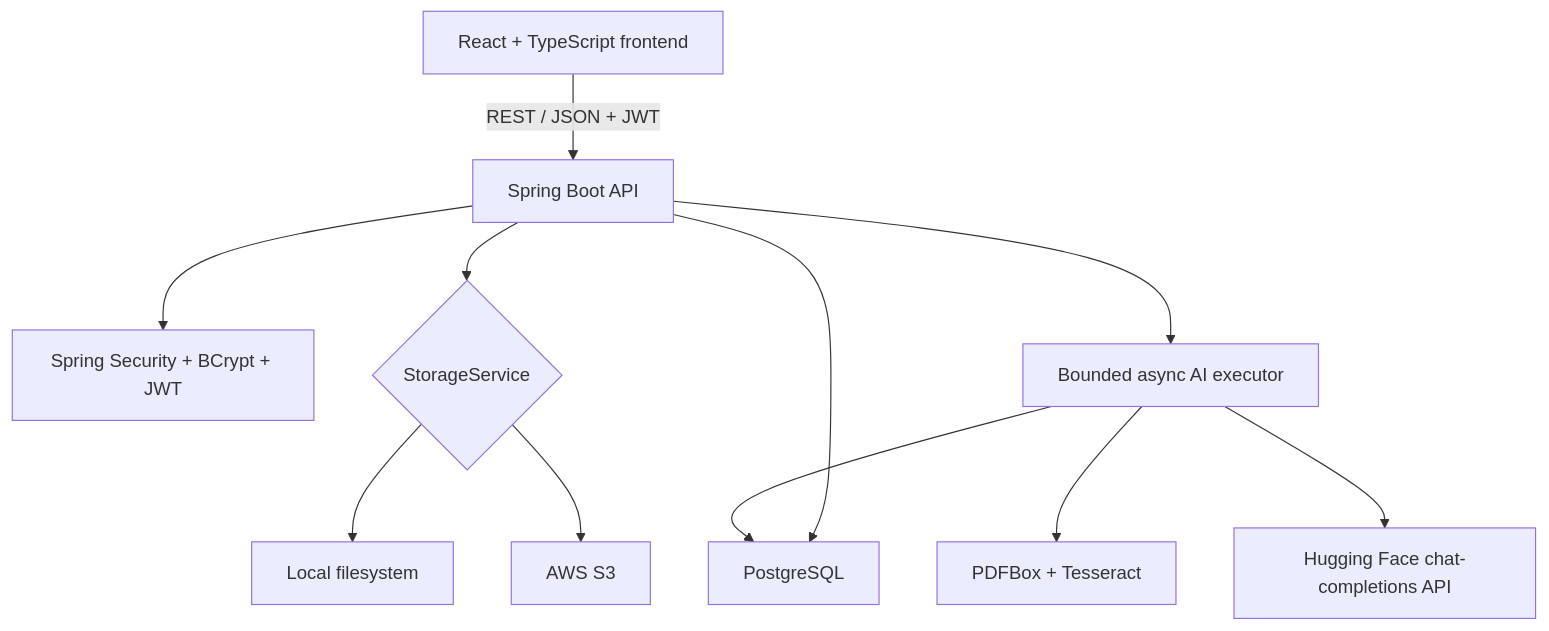
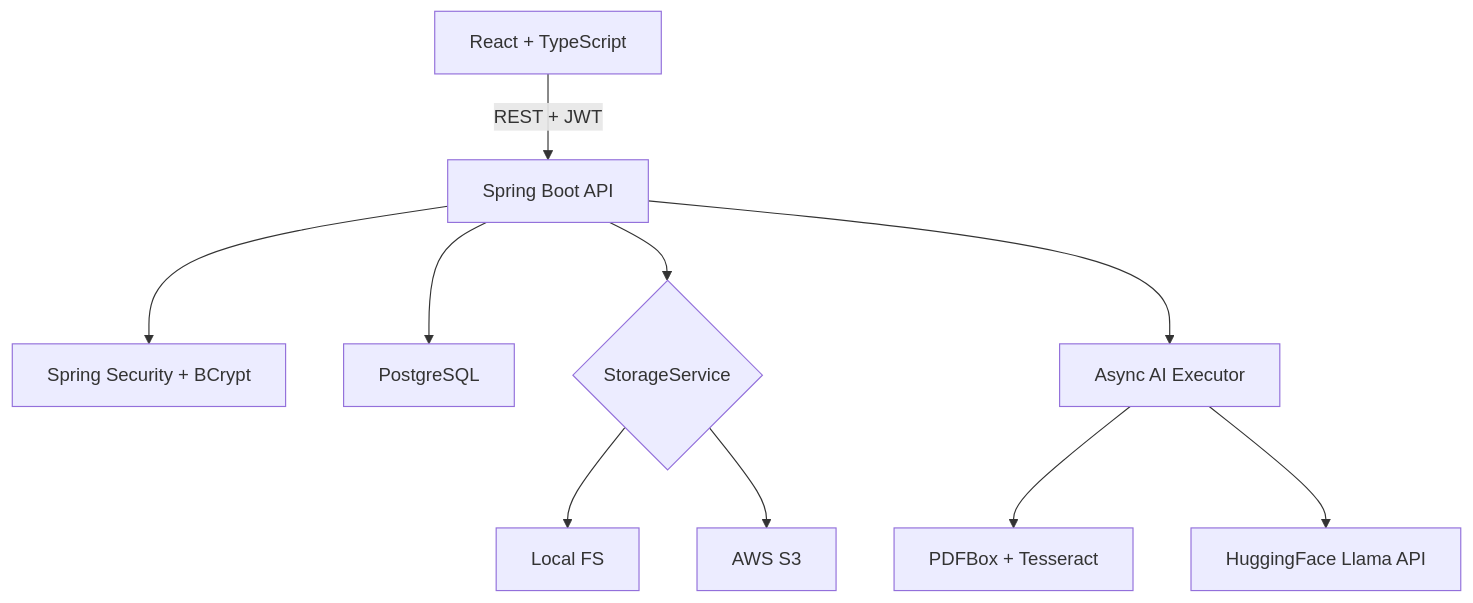
Before and after one commit to barveakshat/Aarogyakul: the first of 2 diagrams in README.md, drawn with Mermaid. The commit also changed other lines of this file, not shown here.

````diff
--- a/README.md
+++ b/README.md
@@ -59,13 +73,12 @@
 ```mermaid
 flowchart TB
-    UI["React + TypeScript frontend"] -->|"REST / JSON + JWT"| API["Spring Boot API"]
-    API --> AUTH["Spring Security + BCrypt + JWT"]
+    UI["React + TypeScript"] -->|"REST + JWT"| API["Spring Boot API"]
+    API --> AUTH["Spring Security + BCrypt"]
     API --> DB["PostgreSQL"]
     API --> STORE{"StorageService"}
-    STORE --> LOCAL["Local filesystem"]
+    STORE --> LOCAL["Local FS"]
     STORE --> S3["AWS S3"]
-    API --> EXEC["Bounded async AI executor"]
+    API --> EXEC["Async AI Executor"]
     EXEC --> OCR["PDFBox + Tesseract"]
-    EXEC --> HF["Hugging Face chat-completions API"]
-    EXEC --> DB
+    EXEC --> HF["HuggingFace Llama API"]
 ```
````
